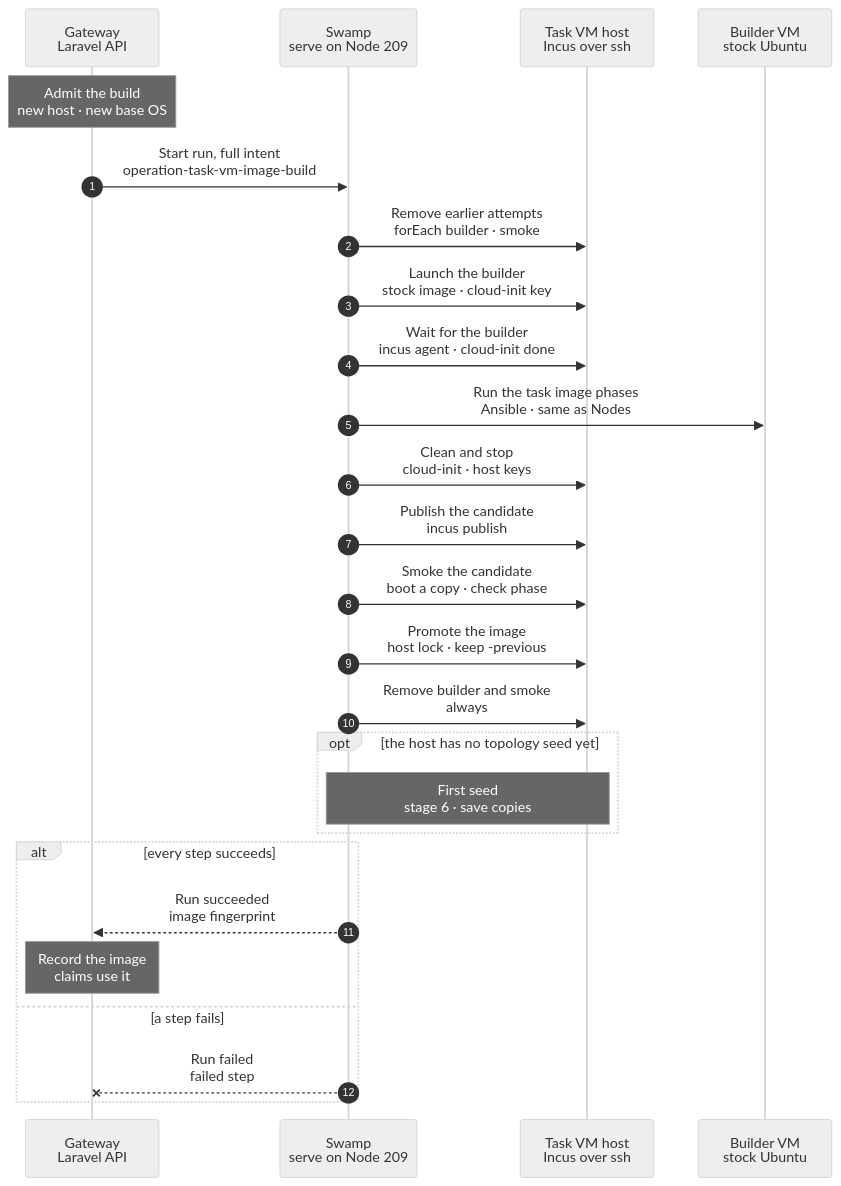
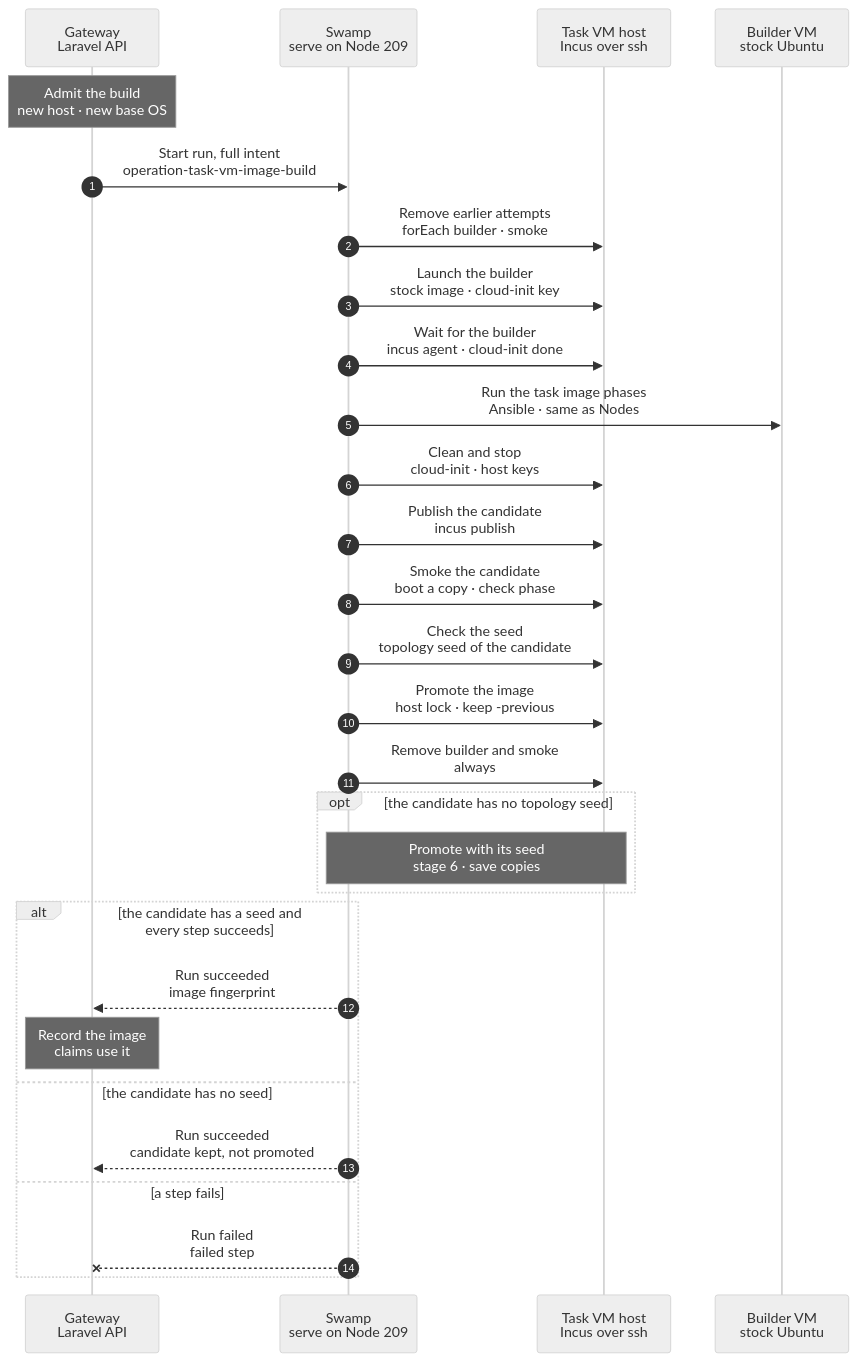
One commit to hardimpactdev/orbit changed the diagram in docs/cli/tasks/vm-image-build.mmd. Above: the diagram before and after it, drawn with Mermaid (neutral theme).

Commit message:
Chart: the image build never promotes an image without a seed
Decided by the orchestrator, for Nick's review. Promoting images without a seed for them broke all task VM provisioning (task_vm.base_image_missing). The chart adds a Check the seed step before the promote. Without a seed the run keeps the candidate and the stage 6 refresh promotes it together with its seed.

```diff
--- a/docs/cli/tasks/vm-image-build.mmd
+++ b/docs/cli/tasks/vm-image-build.mmd
@@ -1,60 +1,70 @@
 sequenceDiagram
   %% Target design (proposed 2026-11-06): the task image is built with the same Ansible phases as Nodes (node:converge), reading the pins of recipe.json; no orbit-agent in the build or in the image identity. Runs only for a new host or a new base OS; every release afterwards refreshes the image by converge (stage 6), using the same phases.
   %% status: reviewed
+  %% Decided by the orchestrator, for Nick's review (2026-11-06): the build never promotes an image without a seed for it. Without a seed it stops before the promote and keeps the candidate; the stage 6 refresh promotes the image together with its seed. Promoting seedless images broke all task VM provisioning (task_vm.base_image_missing).
   %% command: none · task image build for a task VM host
   %% kind: task_vm.image_build
   autonumber
   %% lane GW icon=gateway pill=intent tone=blue
   %% lane SW icon=workflow pill=executes tone=green
   %% lane H icon=server pill=target tone=amber
   %% lane B icon=server pill=builder tone=purple
   participant GW as Gateway<br/>Laravel API
   participant SW as Swamp<br/>serve on Node 209
   participant H as Task VM host<br/>Incus over ssh
   participant B as Builder VM<br/>stock Ubuntu
   Note over GW: Admit the build<br/>new host · new base OS
   %%> When:
   %%> - an active task VM host with no image yet, or a new base OS in recipe.json; never per release (stage 6 converges instead)
   %%> - `php artisan task-vms:build-image HOST`
   %%> Result:
   %%> - full intent recorded: the host SSH target with host keys, the builder and smoke names, the base OS, the release commit whose playbooks and pins apply
   GW->>SW: Start run, full intent<br/>operation-task-vm-image-build
   SW->>H: Remove earlier attempts<br/>forEach builder · smoke
   %%> What it does:
   %%> - one `incus delete --force` per name, through `@swamp/ssh exec`; a missing instance is fine
   SW->>H: Launch the builder<br/>stock image · cloud-init key
   %%> What it does:
   %%> - `incus launch` of the stock Ubuntu image of the base OS as a VM, with cloud-init that creates the `orbit` account with 209's key
   %%> - no orbit-agent: the observer is installed at enrolment, not in the image
   SW->>H: Wait for the builder<br/>incus agent · cloud-init done
   SW->>B: Run the task image phases<br/>Ansible · same as Nodes
   %%> What it does:
   %%> - Swamp on 209 runs `ansible-playbook` over SSH to the builder through the host (ProxyJump with the recorded host keys), as node:converge reaches a Node
   %%> - the phases of the task VM role, in order: software (apt sources and packages, JavaScript, Rust, Pi), tools (the shape-gate linters, the NFS server), check
   %%> - versions come from recipe.json of the release commit; the same playbooks converge a running task VM in stage 2 and the refresh VM in stage 6
   SW->>H: Clean and stop<br/>cloud-init · host keys
   %%> What it does:
   %%> - `cloud-init clean`, an empty machine-id, removed SSH host keys, then stop; each one `@swamp/ssh exec` argv
   SW->>H: Publish the candidate<br/>incus publish
   SW->>H: Smoke the candidate<br/>boot a copy · check phase
   %%> What it does:
   %%> - boots a throwaway VM from the candidate and runs the Ansible check phase against it, then removes it
+  SW->>H: Check the seed<br/>topology seed of the candidate
+  %%> What it does:
+  %%> - Decided by the orchestrator, for Nick's review: lists the volumes of the host's pool and looks for `orbit-topology-seed-<first 12 hex of the fingerprint>`
+  %%> - the next step runs only when that seed exists
   SW->>H: Promote the image<br/>host lock · keep -previous
   %%> What it does:
   %%> - moves the host's task image alias to the candidate; the old image stays as `-previous`, the rollback copy
+  %%> - skipped when the candidate has no seed
   SW->>H: Remove builder and smoke<br/>always
-  opt the host has no topology seed yet
-    Note over SW,H: First seed<br/>stage 6 · save copies
+  opt the candidate has no topology seed
+    Note over SW,H: Promote with its seed<br/>stage 6 · save copies
     %%> What it does:
-    %%> - a refresh VM from the new image builds the first nested fleet and saves it as ready copies, as stage 6 does
+    %%> - the stage 6 refresh builds the seed for the new image and promotes the image together with it
     %%> Not designed:
-    %%> - building a nested fleet from scratch, without ready copies; the old builder was deleted (#2767)
+    %%> - building a nested fleet from scratch, without ready copies, for a host with no seed at all; the old builder was deleted (#2767)
   end
-  alt every step succeeds
+  alt the candidate has a seed and every step succeeds
     SW-->>GW: Run succeeded<br/>image fingerprint
     Note over GW: Record the image<br/>claims use it
+  else the candidate has no seed
+    SW-->>GW: Run succeeded<br/>candidate kept, not promoted
+    %%> Result:
+    %%> - the candidate and its fingerprint are recorded without a promotion; claims keep the promoted image
   else a step fails
     SW--xGW: Run failed<br/>failed step
     %%> Result:
     %%> - the promoted image stays in service; the next build starts from a stock image again
   end
```
